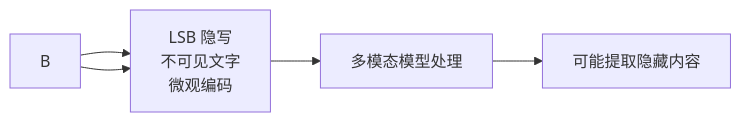
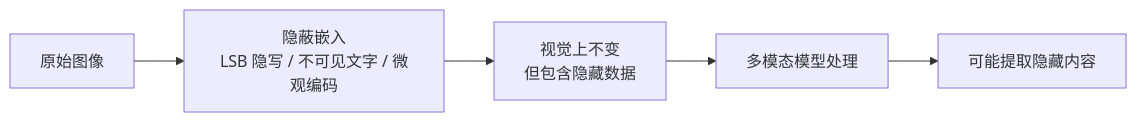
Before and after one commit to yeasy/ai_security_guide: the second of 3 diagrams in 05_jailbreak/5.3_multimodal_attacks.md, drawn with Mermaid. The commit also changed 4 other files, not shown here.

````diff
--- a/05_jailbreak/5.3_multimodal_attacks.md
+++ b/05_jailbreak/5.3_multimodal_attacks.md
@@ -61,7 +61,7 @@
 ```mermaid
 flowchart LR
+    A["原始图像"] --> B["隐蔽嵌入<br/>LSB 隐写 / 不可见文字 / 微观编码"]
     B --> C["视觉上不变<br/>但包含隐藏数据"]
-    B --> C["LSB 隐写<br/>不可见文字<br/>微观编码"]
     C --> D["多模态模型处理"]
     D --> E["可能提取隐藏内容"]
 ```
````
